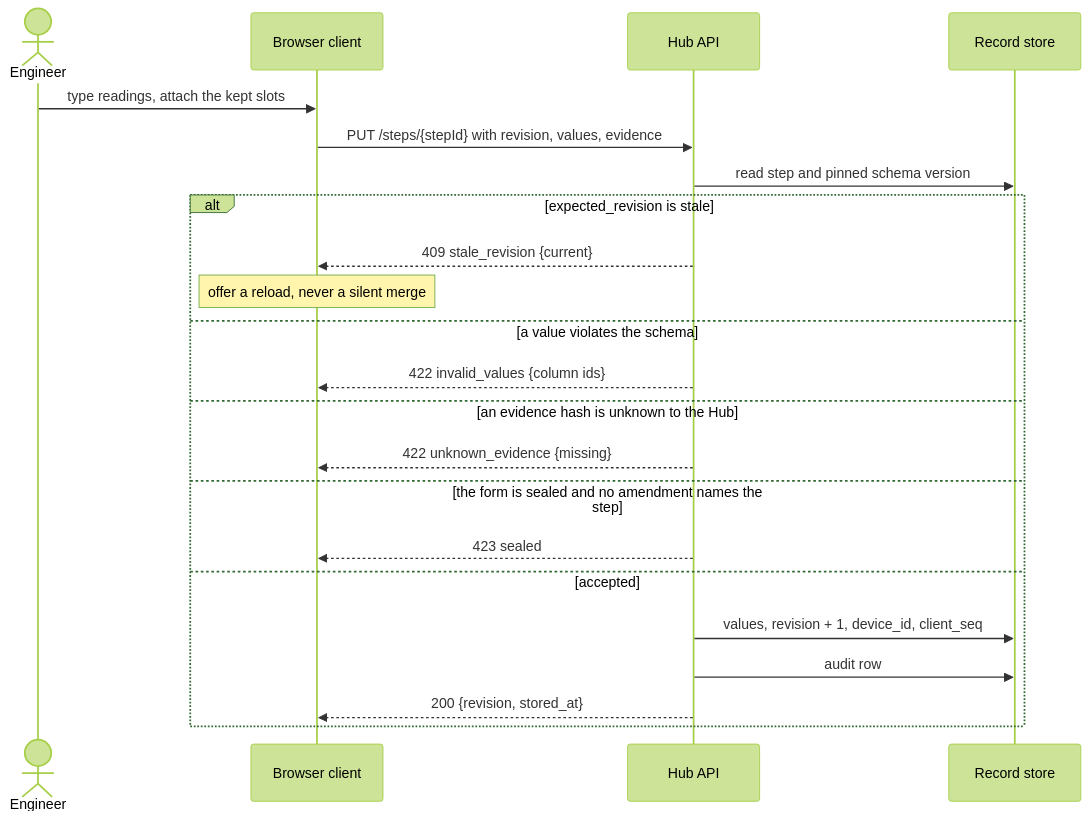
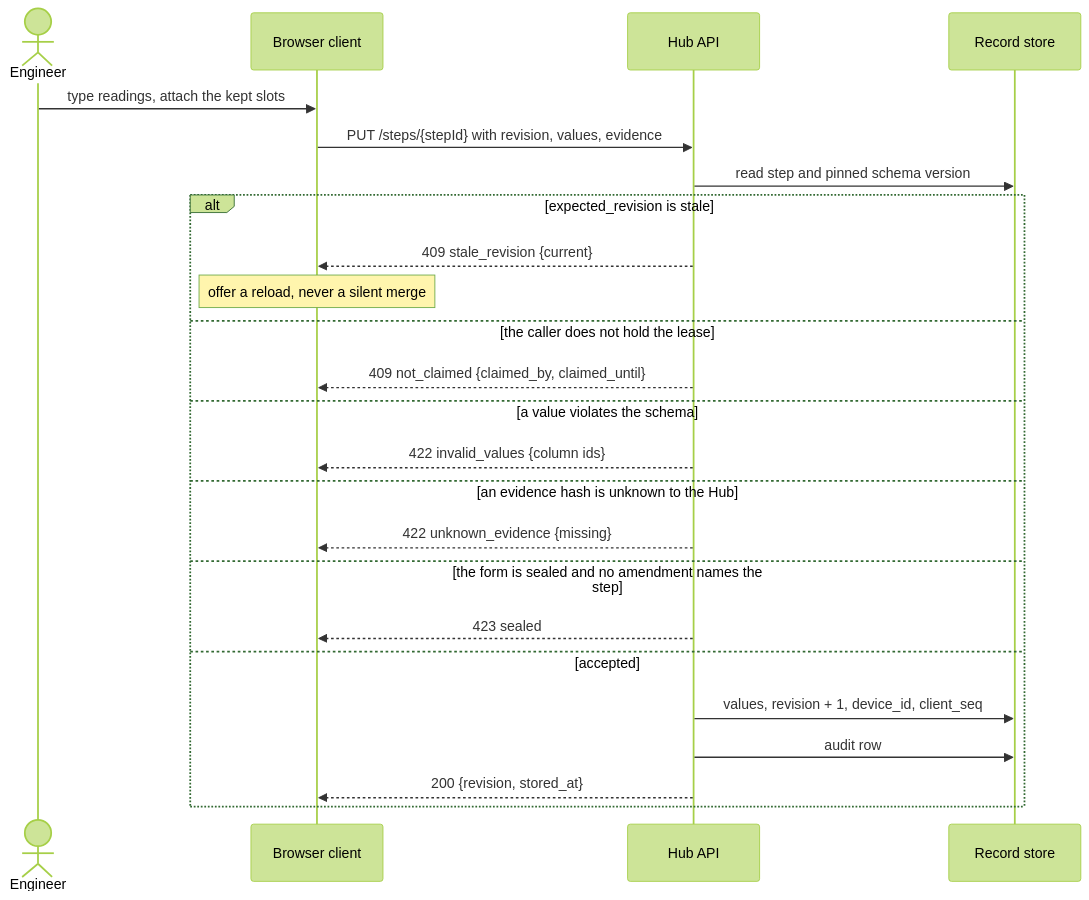
The sixth of 17 diagrams in 04-design.md (yny-godigital/site-inspection-tools), drawn with Mermaid (forest theme) before and after one commit. The commit also changed other lines of this file and 14 other files, not shown here.

````diff
--- a/04-design.md
+++ b/04-design.md
@@ -243,24 +246,26 @@
 ```mermaid
 sequenceDiagram
   actor E as Engineer
   participant C as Browser client
   participant API as Hub API
   participant DB as Record store
   E->>C: type readings, attach the kept slots
   C->>API: PUT /steps/{stepId} with revision, values, evidence
   API->>DB: read step and pinned schema version
   alt expected_revision is stale
     API-->>C: 409 stale_revision {current}
     Note over C: offer a reload, never a silent merge
+  else the caller does not hold the lease
+    API-->>C: 409 not_claimed {claimed_by, claimed_until}
   else a value violates the schema
     API-->>C: 422 invalid_values {column ids}
   else an evidence hash is unknown to the Hub
     API-->>C: 422 unknown_evidence {missing}
   else the form is sealed and no amendment names the step
     API-->>C: 423 sealed
   else accepted
     API->>DB: values, revision + 1, device_id, client_seq
     API->>DB: audit row
     API-->>C: 200 {revision, stored_at}
   end
 ```
````
